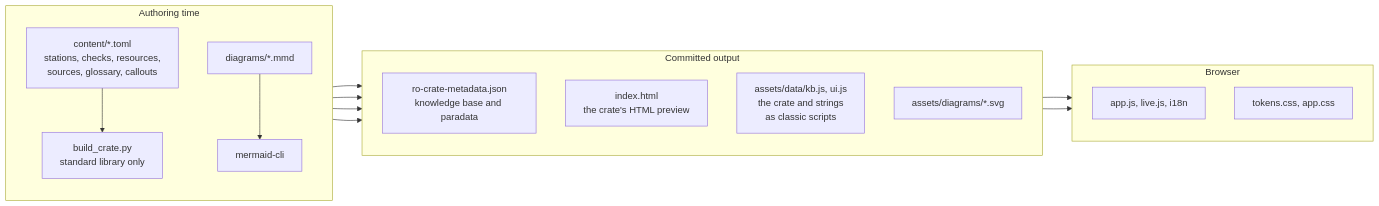
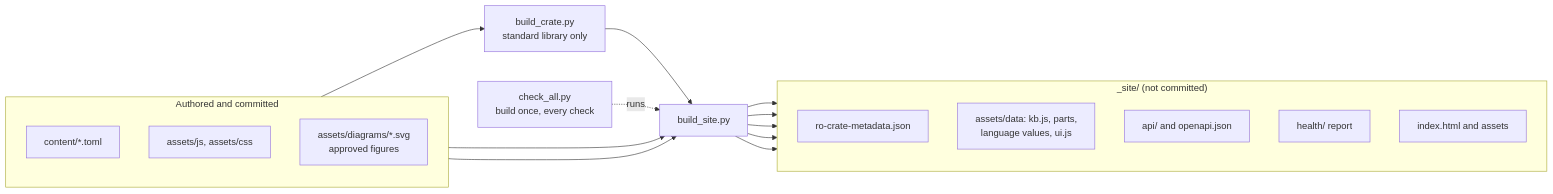
One commit to dsw-nrp/eosc-fair-guide changed the third of 7 diagrams in docs/design.md. Above: the diagram before and after it, drawn with Mermaid. The commit also changed other lines of this file and 298 other files, not shown here.

````diff
--- a/docs/design.md
+++ b/docs/design.md
@@ -128,32 +125,27 @@
 ```mermaid
 flowchart LR
   accTitle: Authoring and build
-  accDescr: Content sources feed a standard-library generator that writes the RO-Crate, the page and the data scripts the page loads. Mermaid sources render to SVG. The browser runs the committed output without a build.
-  subgraph AUTH[Authoring time]
+  accDescr: Content sources feed the standard-library crate generator. The site build writes the page, the crate and its data scripts, the static API, the health report and the approved figures into the uncommitted site directory, which the browser runs as it is. The check runner builds once and runs every check.
+  subgraph AUTH[Authored and committed]
     direction TB
-    C1["content/*.toml<br/>stations, checks, resources,<br/>sources, glossary, callouts"]
-    C2["diagrams/*.mmd"]
-    GEN["build_crate.py<br/>standard library only"]
-    MMDC[mermaid-cli]
-    C1 --> GEN
-    C2 --> MMDC
+    C1["content/*.toml"]
+    JS["assets/js, assets/css"]
+    FIG["assets/diagrams/*.svg<br/>approved figures"]
   end
-  subgraph OUT[Committed output]
+  GEN["build_crate.py<br/>standard library only"]
+  SITE["build_site.py"]
+  subgraph OUT["_site/ (not committed)"]
     direction TB
-    CRATE["ro-crate-metadata.json<br/>knowledge base and paradata"]
-    HTML["index.html<br/>the crate's HTML preview"]
-    DATA["assets/data/kb.js, ui.js<br/>the crate and strings<br/>as classic scripts"]
-    SVG["assets/diagrams/*.svg"]
+    CRATE["ro-crate-metadata.json"]
+    DATA["assets/data: kb.js, parts,<br/>language values, ui.js"]
+    API["api/ and openapi.json"]
+    HEALTH["health/ report"]
+    PAGE["index.html and assets"]
   end
-  subgraph RUN[Browser]
-    direction TB
-    JS["app.js, live.js, i18n"]
-    CSS["tokens.css, app.css"]
-  end
-  GEN --> CRATE
-  GEN --> HTML
-  GEN --> DATA
-  MMDC --> SVG
-  HTML --> RUN
-  DATA --> RUN
+  CHK["check_all.py<br/>build once, every check"]
+  C1 --> GEN --> SITE
+  JS --> SITE
+  FIG --> SITE
+  SITE --> CRATE & DATA & API & HEALTH & PAGE
+  CHK -. runs .-> SITE
 ```
````
